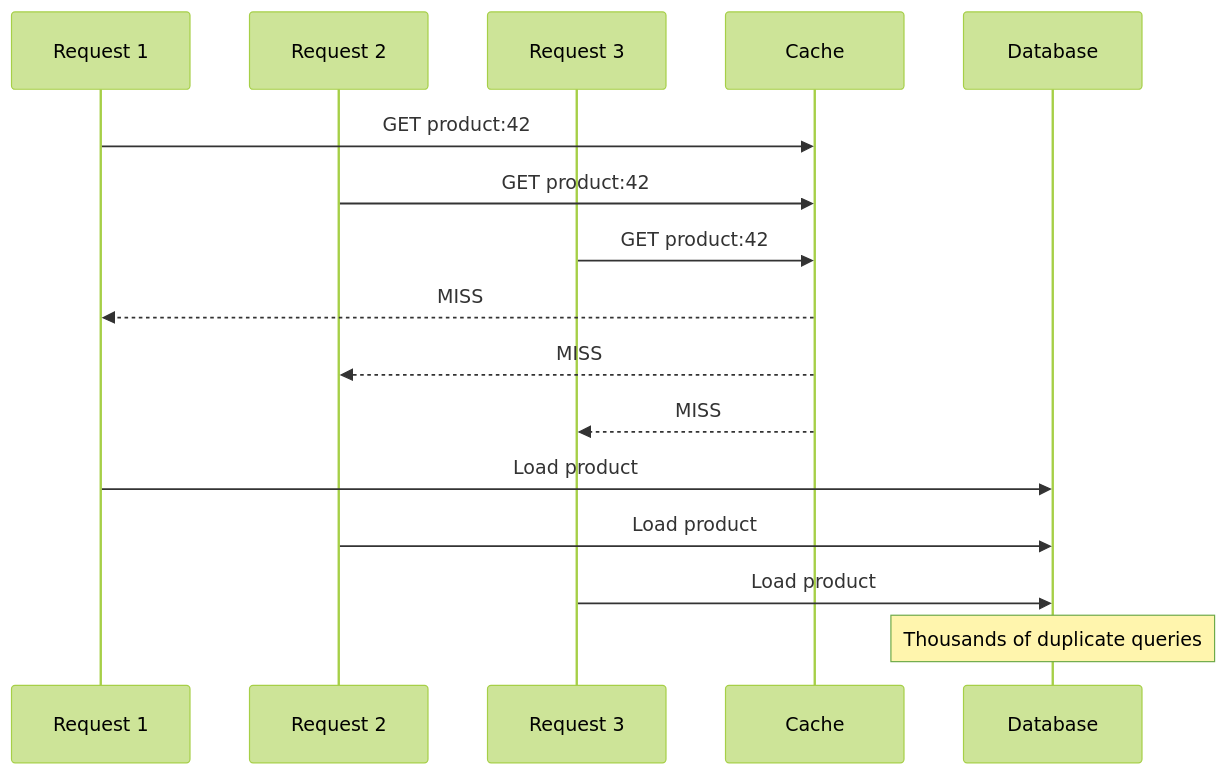
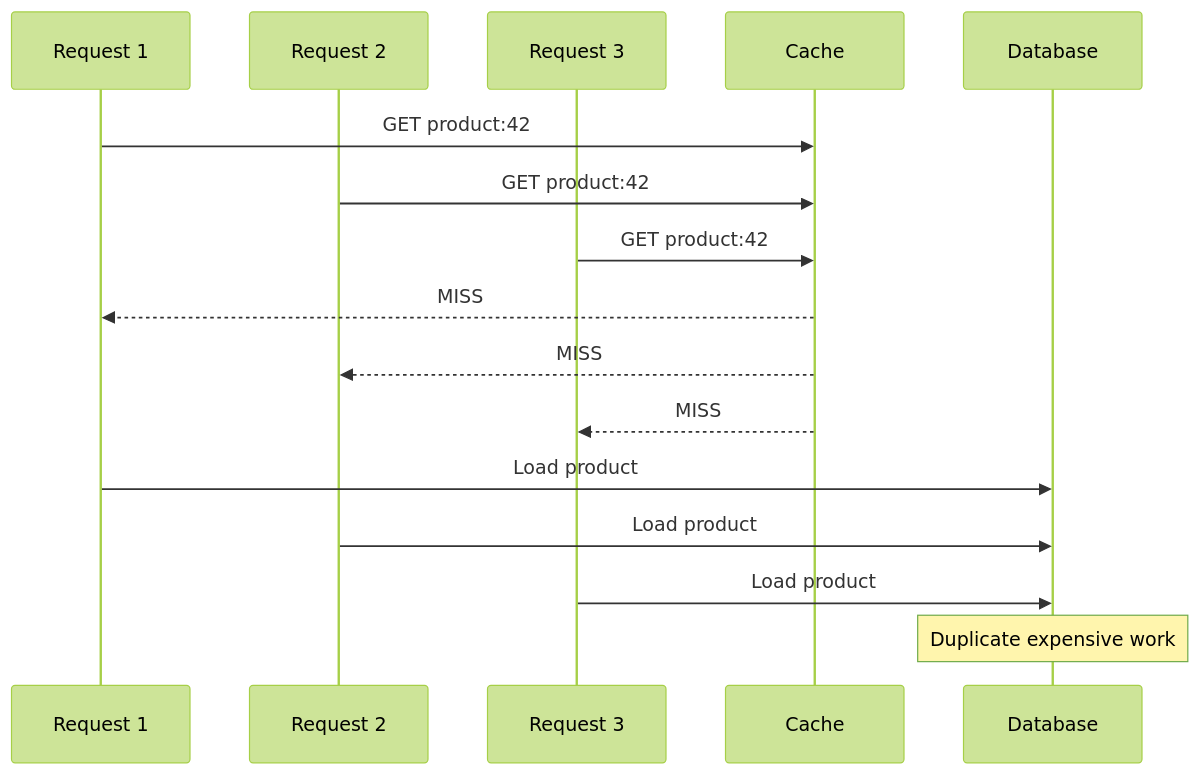
The eighth of 12 diagrams in src/content/system-design/caching-layers-stampede.md (AvadhBhalodiya/Interview-Preparation), drawn with Mermaid (forest theme) before and after one commit. The commit also changed other lines of this file and 54 other files, not shown here.

````diff
--- a/src/content/system-design/caching-layers-stampede.md
+++ b/src/content/system-design/caching-layers-stampede.md
@@ -705,19 +600,22 @@
 ```mermaid
 sequenceDiagram
     participant R1 as Request 1
     participant R2 as Request 2
     participant R3 as Request 3
     participant C as Cache
     participant D as Database
 
     R1->>C: GET product:42
     R2->>C: GET product:42
     R3->>C: GET product:42
+
     C-->>R1: MISS
     C-->>R2: MISS
     C-->>R3: MISS
+
     R1->>D: Load product
     R2->>D: Load product
     R3->>D: Load product
-    Note over D: Thousands of duplicate queries
+
+    Note over D: Duplicate expensive work
 ```
````
